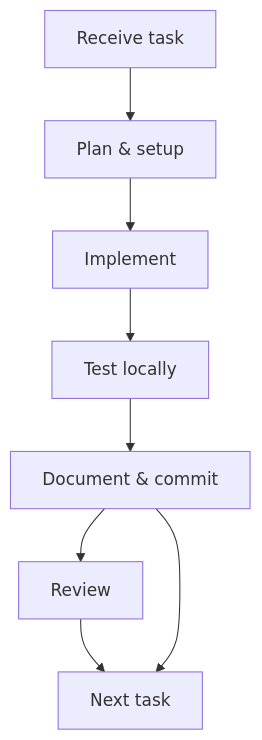
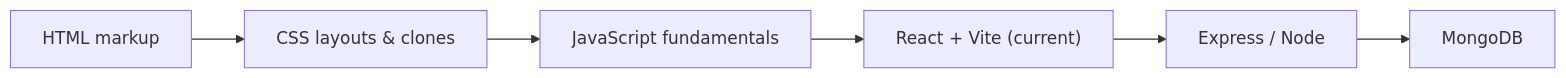
Before and after one commit to Aryan-Barbate/Internship-MERN-Stack-Practice: the diagram in README.md, drawn with Mermaid. The commit also changed other lines of this file and 35 other files, not shown here.

````diff
--- a/README.md
+++ b/README.md
@@ -17,10 +16,8 @@
 ```mermaid
-flowchart TD
-	A[Receive task] --> B[Plan & setup]
-	B --> C[Implement]
-	C --> D[Test locally]
-	D --> E[Document & commit]
-	E --> F[Review]
-	F --> G[Next task]
-	E --> G
+flowchart LR
+    A[HTML markup] --> B[CSS layouts & clones]
+    B --> C[JavaScript fundamentals]
+    C --> D["React + Vite (current)"]
+    D --> E[Express / Node]
+    E --> F[MongoDB]
 ```
````
